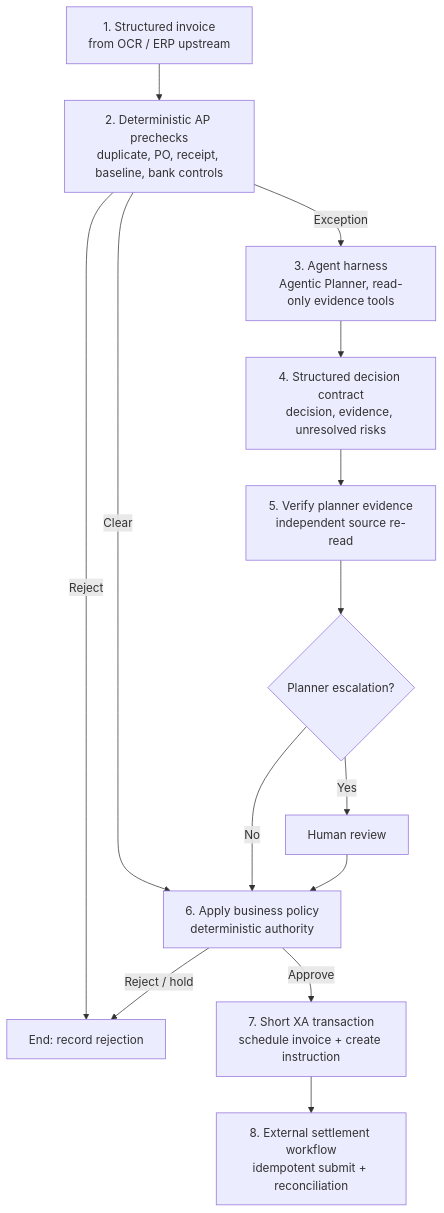
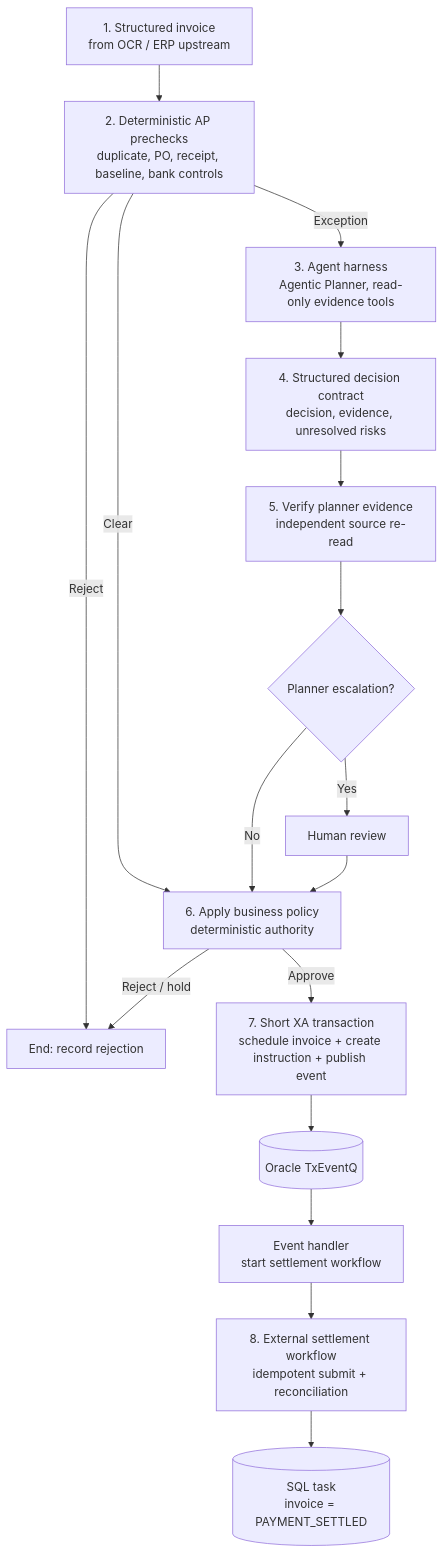
Before and after one commit to oracle-samples/microtx-samples: the diagram in workflow/accounts-payable-exception-resolution/README.md, drawn with Mermaid. The commit also changed other lines of this file and 16 other files, not shown here.

````diff
--- a/workflow/accounts-payable-exception-resolution/README.md
+++ b/workflow/accounts-payable-exception-resolution/README.md
@@ -44,16 +32,19 @@
 ```mermaid
 flowchart TD
   A[1. Structured invoice<br/>from OCR / ERP upstream] --> B[2. Deterministic AP prechecks<br/>duplicate, PO, receipt, baseline, bank controls]
   B -->|Reject| X[End: record rejection]
   B -->|Clear| P[6. Apply business policy<br/>deterministic authority]
   B -->|Exception| H[3. Agent harness<br/>Agentic Planner, read-only evidence tools]
   H --> C[4. Structured decision contract<br/>decision, evidence, unresolved risks]
   C --> V[5. Verify planner evidence<br/>independent source re-read]
   V --> R{Planner escalation?}
   R -->|Yes| U[Human review]
   R -->|No| P
   U --> P
   P -->|Reject / hold| X
-  P -->|Approve| T[7. Short XA transaction<br/>schedule invoice + create instruction]
-  T --> E[8. External settlement workflow<br/>idempotent submit + reconciliation]
+  P -->|Approve| T[7. Short XA transaction<br/>schedule invoice + create instruction + publish event]
+  T --> Q[(Oracle TxEventQ)]
+  Q --> EH[Event handler<br/>start settlement workflow]
+  EH --> E[8. External settlement workflow<br/>idempotent submit + reconciliation]
+  E --> S[(SQL task<br/>invoice = PAYMENT_SETTLED)]
 ```
````
